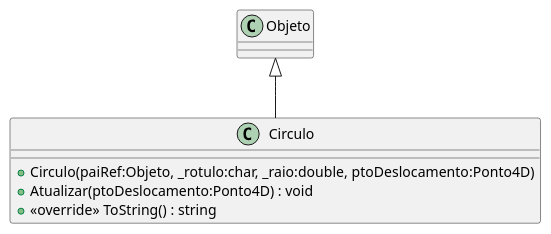
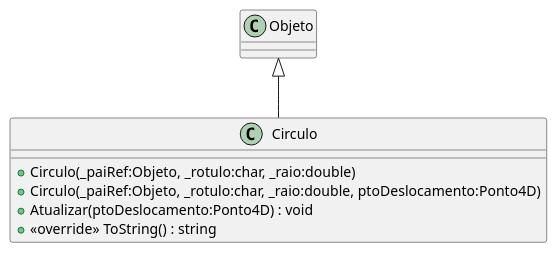
Before and after one commit to dalton-reis/CG_2024_1: the diagram in Unidade2/CG_N2_Exemplo/plantuml/Circulo.puml, drawn with PlantUML. The commit also changed 42 other files, not shown here.

```diff
--- a/Unidade2/CG_N2_Exemplo/plantuml/Circulo.puml
+++ b/Unidade2/CG_N2_Exemplo/plantuml/Circulo.puml
@@ -1,8 +1,9 @@
 @startuml
 class Circulo {
-    + Circulo(paiRef:Objeto, _rotulo:char, _raio:double, ptoDeslocamento:Ponto4D)
+    + Circulo(_paiRef:Objeto, _rotulo:char, _raio:double)
+    + Circulo(_paiRef:Objeto, _rotulo:char, _raio:double, ptoDeslocamento:Ponto4D)
     + Atualizar(ptoDeslocamento:Ponto4D) : void
     + <<override>> ToString() : string
 }
 Objeto <|-- Circulo
 @enduml
```
